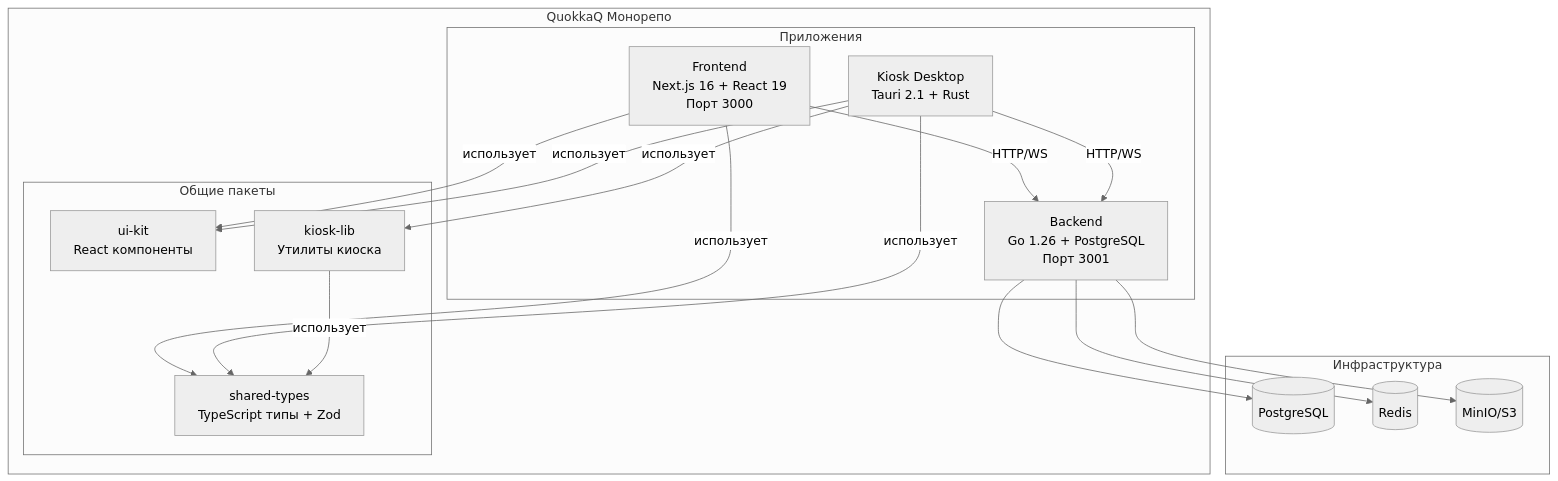
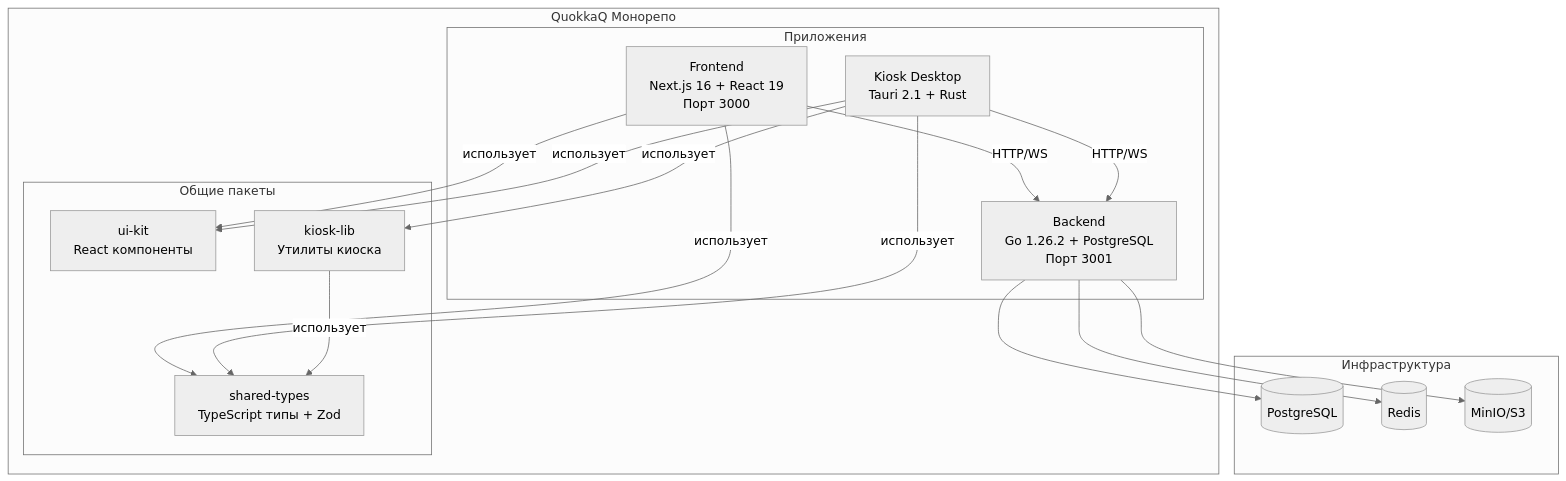
The diagram in README.ru.md (thevladbog/quokkaq), drawn with Mermaid (neutral theme) before and after one commit. The commit also changed other lines of this file and 24 other files, not shown here.

````diff
--- a/README.ru.md
+++ b/README.ru.md
@@ -62,38 +62,38 @@
 ```mermaid
 graph TB
     subgraph monorepo [QuokkaQ Монорепо]
         subgraph apps [Приложения]
             frontend[Frontend<br/>Next.js 16 + React 19<br/>Порт 3000]
-            backend[Backend<br/>Go 1.26 + PostgreSQL<br/>Порт 3001]
+            backend[Backend<br/>Go 1.26.2 + PostgreSQL<br/>Порт 3001]
             kiosk[Kiosk Desktop<br/>Tauri 2.1 + Rust]
         end
         
         subgraph packages [Общие пакеты]
             sharedTypes[shared-types<br/>TypeScript типы + Zod]
             uiKit[ui-kit<br/>React компоненты]
             kioskLib[kiosk-lib<br/>Утилиты киоска]
         end
         
         frontend -->|использует| sharedTypes
         frontend -->|использует| uiKit
         
         kiosk -->|использует| sharedTypes
         kiosk -->|использует| uiKit
         kiosk -->|использует| kioskLib
         
         kioskLib -->|использует| sharedTypes
         
         frontend -->|HTTP/WS| backend
         kiosk -->|HTTP/WS| backend
     end
     
     subgraph infrastructure [Инфраструктура]
         postgres[(PostgreSQL)]
         redis[(Redis)]
         minio[(MinIO/S3)]
     end
     
     backend --> postgres
     backend --> redis
     backend --> minio
 ```
````
